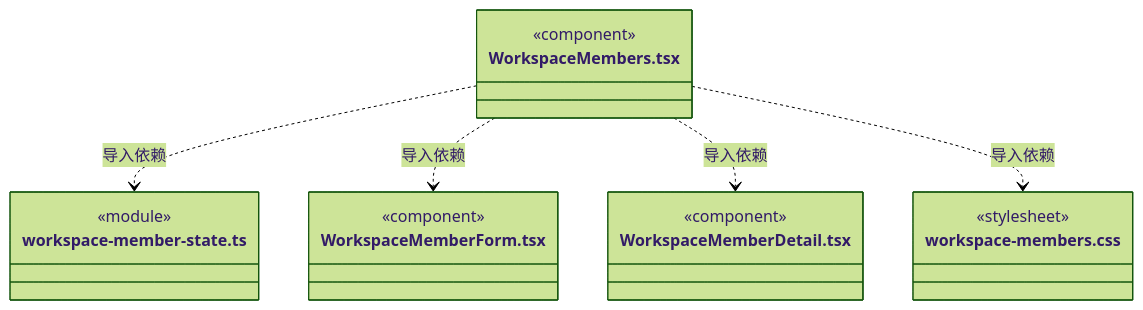
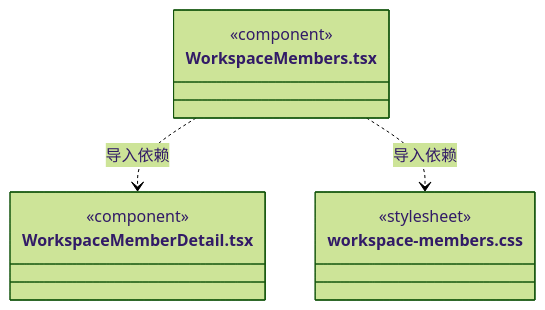
One commit to nan023062/cbim changed diagram 28 of 28 in src/frontend/team/ARCHITECTURE.md. Above: the diagram before and after it, drawn with Mermaid (forest theme). The commit also changed other lines of this file and 81 other files, not shown here.

````diff
--- a/src/frontend/team/ARCHITECTURE.md
+++ b/src/frontend/team/ARCHITECTURE.md
@@ -458,22 +513,14 @@
 ```mermaid
 classDiagram
 class N_src_frontend_team_WorkspaceMembers_tsx["WorkspaceMembers.tsx"] {
-  <<component>>
-}
-class N_src_frontend_team_workspace_member_state_ts["workspace-member-state.ts"] {
-  <<module>>
-}
-class N_src_frontend_team_WorkspaceMemberForm_tsx["WorkspaceMemberForm.tsx"] {
   <<component>>
 }
 class N_src_frontend_team_WorkspaceMemberDetail_tsx["WorkspaceMemberDetail.tsx"] {
   <<component>>
 }
 class N_src_frontend_team_workspace_members_css["workspace-members.css"] {
   <<stylesheet>>
 }
-N_src_frontend_team_WorkspaceMembers_tsx ..> N_src_frontend_team_workspace_member_state_ts : 导入依赖
-N_src_frontend_team_WorkspaceMembers_tsx ..> N_src_frontend_team_WorkspaceMemberForm_tsx : 导入依赖
 N_src_frontend_team_WorkspaceMembers_tsx ..> N_src_frontend_team_WorkspaceMemberDetail_tsx : 导入依赖
 N_src_frontend_team_WorkspaceMembers_tsx ..> N_src_frontend_team_workspace_members_css : 导入依赖
 ```
````
